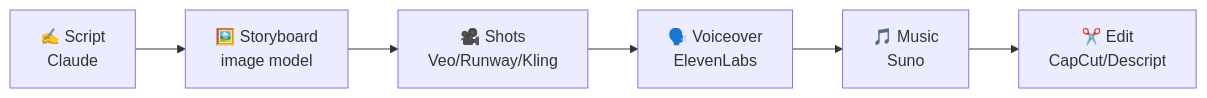
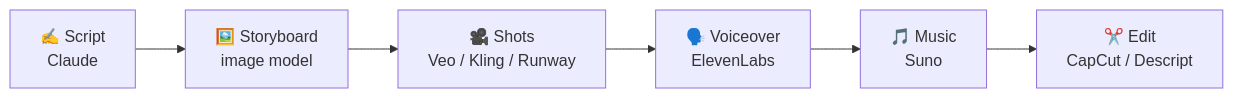
The diagram in manual/part-8-creative-ai/54-video-and-audio-production.md (Axmann8/AI_For_Advanced_Beginners), drawn with Mermaid before and after one commit. The commit also changed other lines of this file and 13 other files, not shown here.

````diff
--- a/manual/part-8-creative-ai/54-video-and-audio-production.md
+++ b/manual/part-8-creative-ai/54-video-and-audio-production.md
@@ -41,4 +110,4 @@
 ```mermaid
 flowchart LR
-    S[✍️ Script<br/>Claude] --> SB[🖼️ Storyboard<br/>image model] --> V[🎥 Shots<br/>Veo/Runway/Kling] --> VO[🗣️ Voiceover<br/>ElevenLabs] --> M[🎵 Music<br/>Suno] --> E[✂️ Edit<br/>CapCut/Descript]
+    S[✍️ Script<br/>Claude] --> SB[🖼️ Storyboard<br/>image model] --> V[🎥 Shots<br/>Veo / Kling / Runway] --> VO[🗣️ Voiceover<br/>ElevenLabs] --> M[🎵 Music<br/>Suno] --> E[✂️ Edit<br/>CapCut / Descript]
 ```
````
